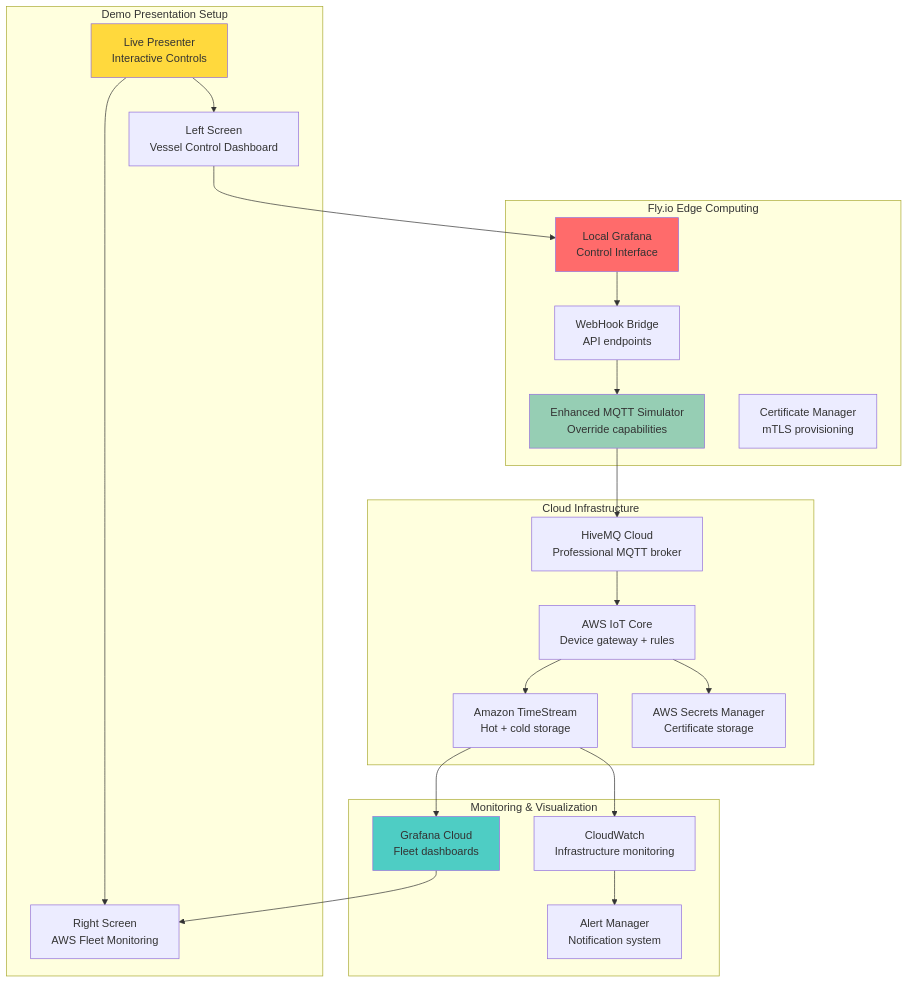
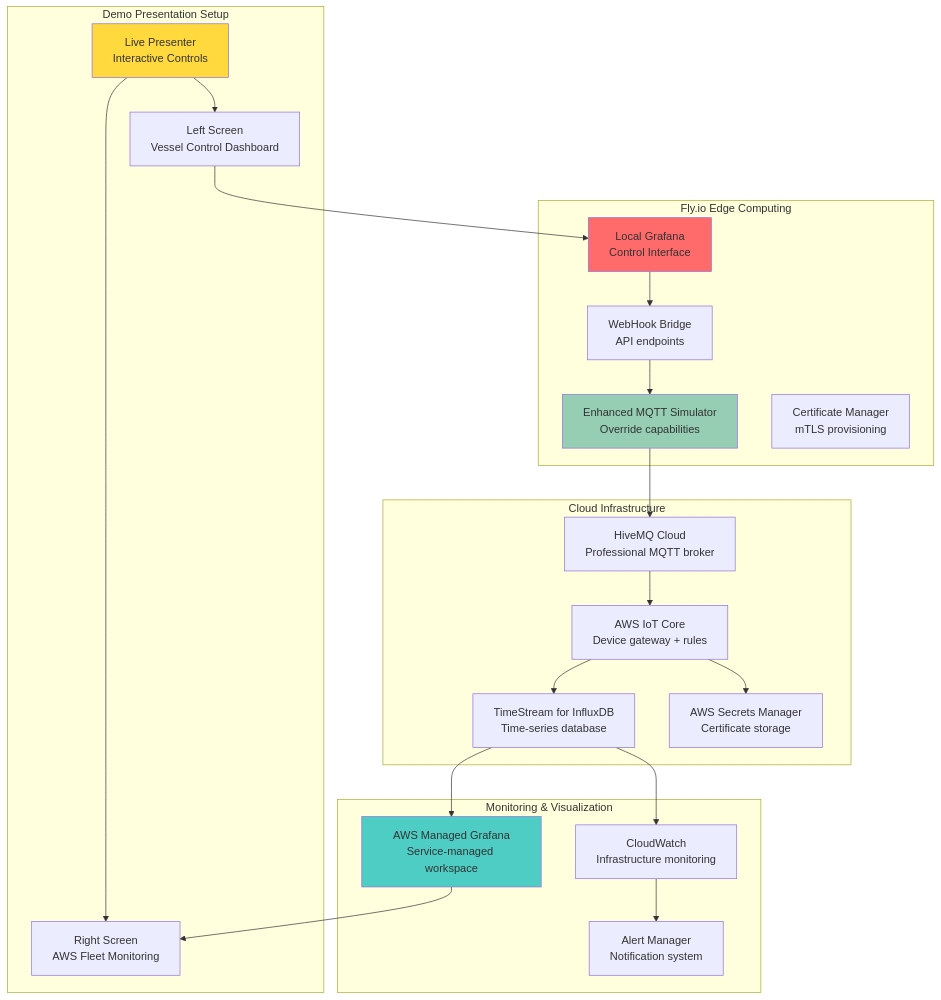
The first of 2 diagrams in docs/complete-implementation-plan.md (murr2k/linknote-aws-demos), drawn with Mermaid before and after one commit. The commit also changed other lines of this file and 59 other files, not shown here.

````diff
--- a/docs/complete-implementation-plan.md
+++ b/docs/complete-implementation-plan.md
@@ -13,47 +13,47 @@
 ```mermaid
 graph TB
     subgraph "Demo Presentation Setup"
         LEFT[Left Screen<br/>Vessel Control Dashboard]
         RIGHT[Right Screen<br/>AWS Fleet Monitoring] 
         PRESENTER[Live Presenter<br/>Interactive Controls]
     end
     
     subgraph "Fly.io Edge Computing"
         CTRL_GRAF[Local Grafana<br/>Control Interface]
         SIMULATOR[Enhanced MQTT Simulator<br/>Override capabilities]
         WEBHOOK[WebHook Bridge<br/>API endpoints]
         CERT_MGR[Certificate Manager<br/>mTLS provisioning]
     end
     
     subgraph "Cloud Infrastructure"
         HIVEMQ[HiveMQ Cloud<br/>Professional MQTT broker]
         IOT_CORE[AWS IoT Core<br/>Device gateway + rules]
-        TIMESTREAM[Amazon TimeStream<br/>Hot + cold storage]
+        TIMESTREAM[TimeStream for InfluxDB<br/>Time-series database]
         SECRETS[AWS Secrets Manager<br/>Certificate storage]
     end
     
     subgraph "Monitoring & Visualization"
-        GRAF_AWS[Grafana Cloud<br/>Fleet dashboards]
+        GRAF_AWS[AWS Managed Grafana<br/>Service-managed workspace]
         CW[CloudWatch<br/>Infrastructure monitoring]
         ALERTS[Alert Manager<br/>Notification system]
     end
     
     PRESENTER --> LEFT
     PRESENTER --> RIGHT
     LEFT --> CTRL_GRAF
     CTRL_GRAF --> WEBHOOK
     WEBHOOK --> SIMULATOR
     SIMULATOR --> HIVEMQ
     HIVEMQ --> IOT_CORE
     IOT_CORE --> TIMESTREAM
     IOT_CORE --> SECRETS
     TIMESTREAM --> GRAF_AWS
     TIMESTREAM --> CW
     CW --> ALERTS
     GRAF_AWS --> RIGHT
     
     style CTRL_GRAF fill:#ff6b6b
     style GRAF_AWS fill:#4ecdc4
     style PRESENTER fill:#ffd93d
     style SIMULATOR fill:#96ceb4
 ```
````
